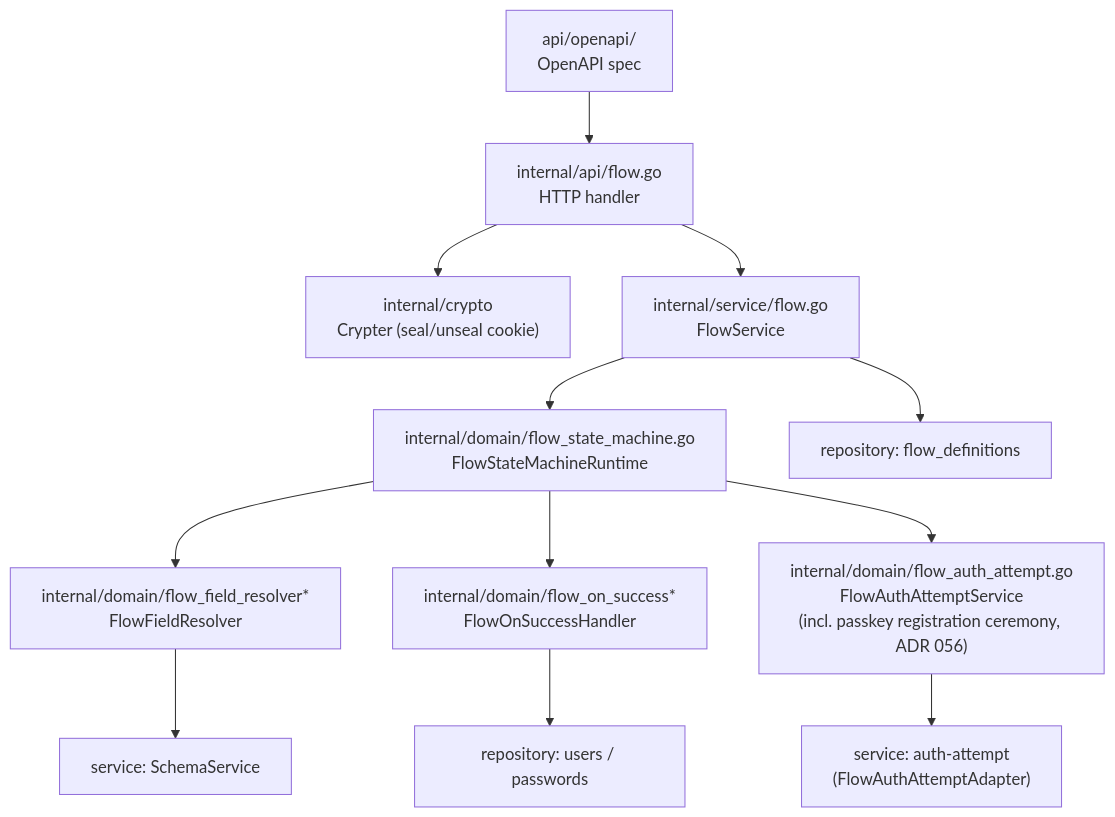
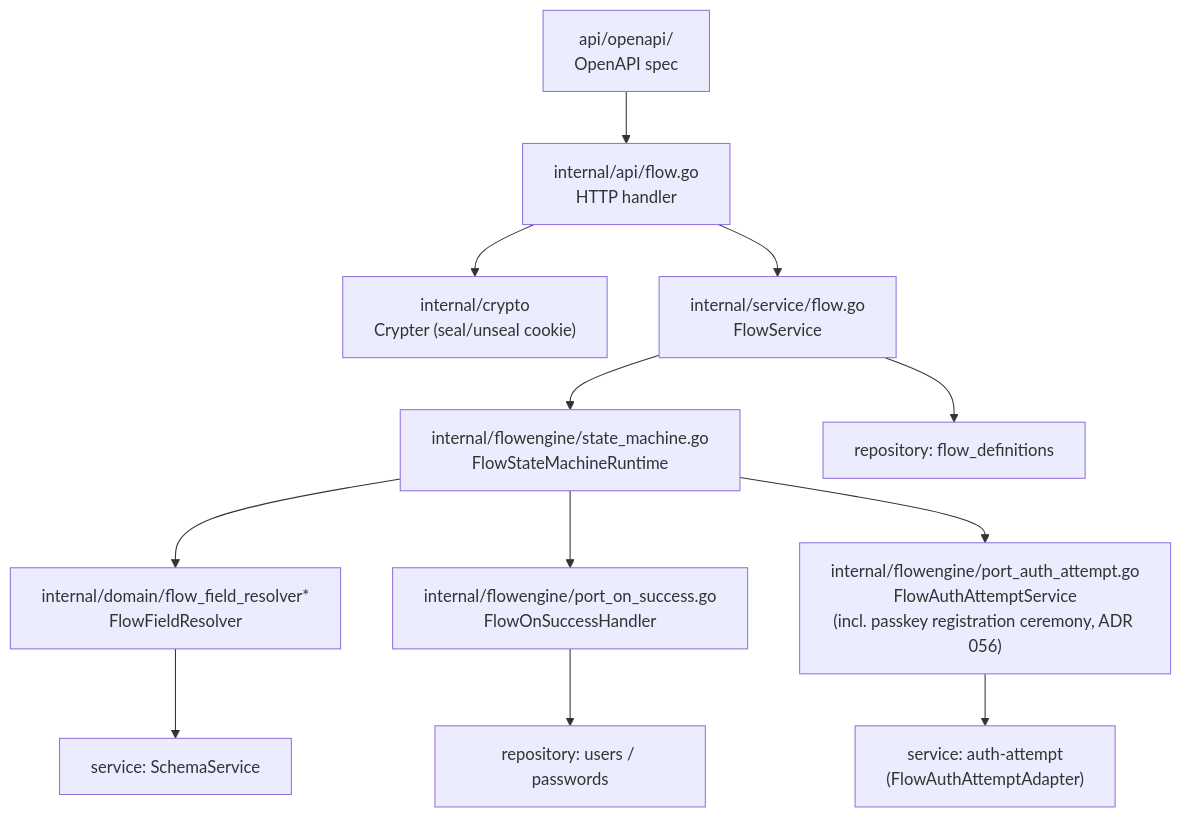
One commit to zitadel/nextgen changed the first of 2 diagrams in docs/design/flowengine/architecture.md. Above: the diagram before and after it, drawn with Mermaid. The commit also changed other lines of this file and 60 other files, not shown here.

First line of the commit message:
refactor(api): move the flow engine's state and ports into flowengine

````diff
--- a/docs/design/flowengine/architecture.md
+++ b/docs/design/flowengine/architecture.md
@@ -12,28 +12,28 @@
 ```mermaid
 graph TD
     OpenAPI["api/openapi/<br>OpenAPI spec"]
     Handler["internal/api/flow.go<br>HTTP handler"]
     Crypter["internal/crypto<br>Crypter (seal/unseal cookie)"]
     Service["internal/service/flow.go<br>FlowService"]
-    SM["internal/domain/flow_state_machine.go<br>FlowStateMachineRuntime"]
+    SM["internal/flowengine/state_machine.go<br>FlowStateMachineRuntime"]
     FR["internal/domain/flow_field_resolver*<br>FlowFieldResolver"]
-    OS["internal/domain/flow_on_success*<br>FlowOnSuccessHandler"]
-    AA["internal/domain/flow_auth_attempt.go<br>FlowAuthAttemptService<br>(incl. passkey registration ceremony, ADR 056)"]
+    OS["internal/flowengine/port_on_success.go<br>FlowOnSuccessHandler"]
+    AA["internal/flowengine/port_auth_attempt.go<br>FlowAuthAttemptService<br>(incl. passkey registration ceremony, ADR 056)"]
 
     AAImpl["service: auth-attempt<br>(FlowAuthAttemptAdapter)"]
     Repo["repository: flow_definitions"]
     UserRepo["repository: users / passwords"]
     Schema["service: SchemaService"]
 
     OpenAPI --> Handler
     Handler --> Crypter
     Handler --> Service
     Service --> SM
     SM --> FR
     SM --> OS
     SM --> AA
     Service --> Repo
     FR --> Schema
     OS --> UserRepo
     AA --> AAImpl
 ```
````
